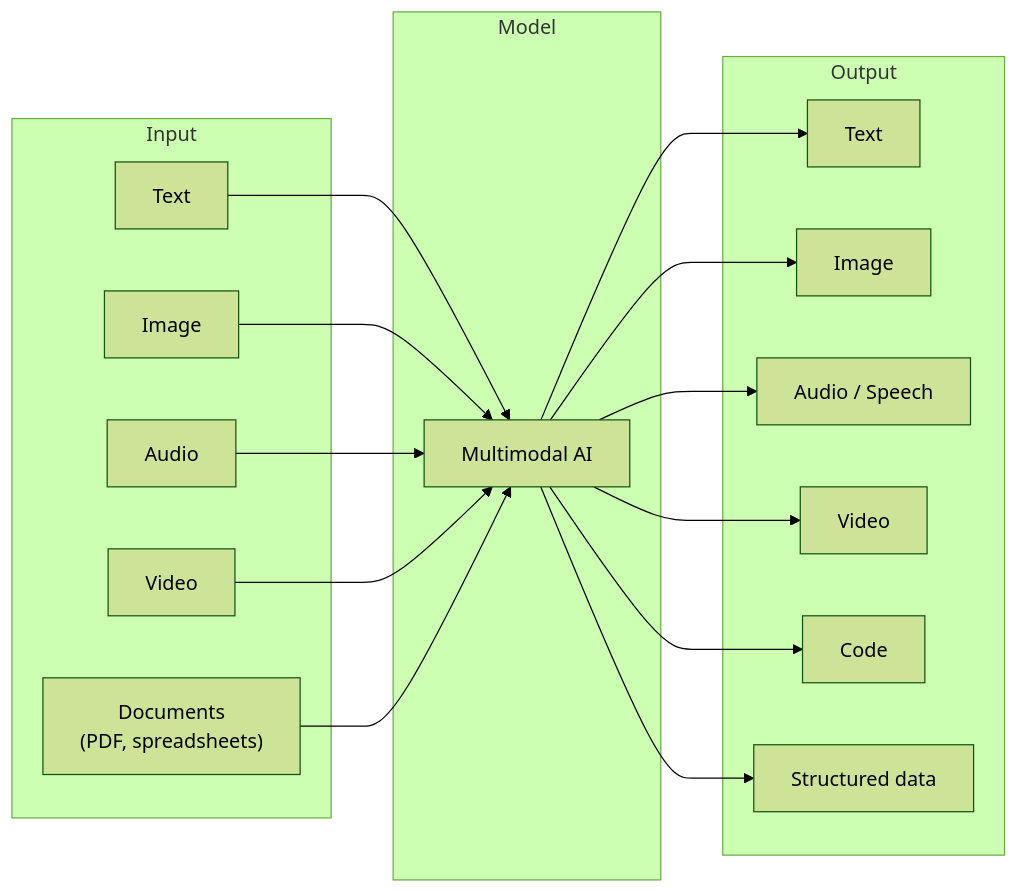
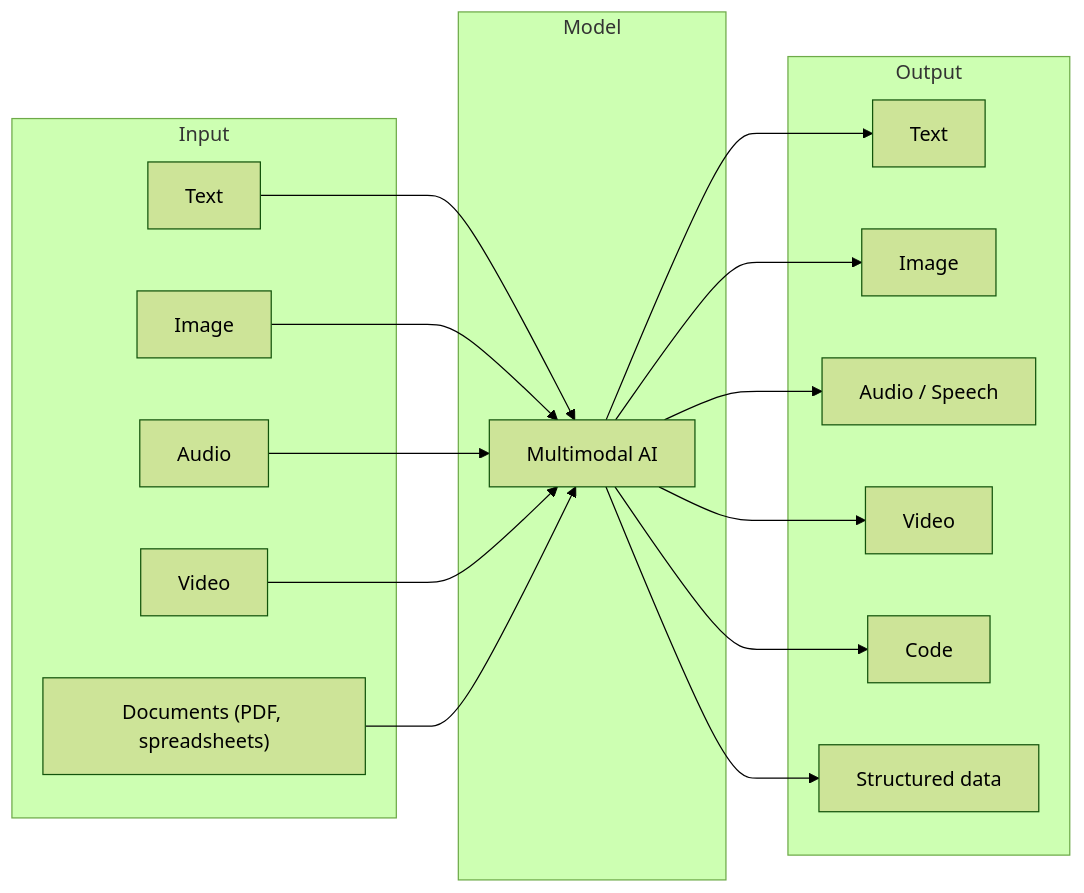
The diagram in module-04-multimodal-ai.md (mjac-yue/ai-architecture-for-pms), drawn with Mermaid (forest theme) before and after one commit. The commit also changed 15 other files, not shown here.

First line of the commit message:
Remove HTML tags from Mermaid node labels for Obsidian compatibility

````diff
--- a/module-04-multimodal-ai.md
+++ b/module-04-multimodal-ai.md
@@ -13,35 +13,35 @@
 ```mermaid
 graph LR
     subgraph Input
         TI["Text"]
         II["Image"]
         AI["Audio"]
         VI["Video"]
-        DI["Documents<br>(PDF, spreadsheets)"]
+        DI["Documents (PDF, spreadsheets)"]
     end
 
     subgraph Model
         M["Multimodal AI"]
     end
 
     subgraph Output
         TO["Text"]
         IO["Image"]
         AO["Audio / Speech"]
         VO["Video"]
         CO["Code"]
         SO["Structured data"]
     end
 
     TI --> M
     II --> M
     AI --> M
     VI --> M
     DI --> M
     M --> TO
     M --> IO
     M --> AO
     M --> VO
     M --> CO
     M --> SO
 ```
````
